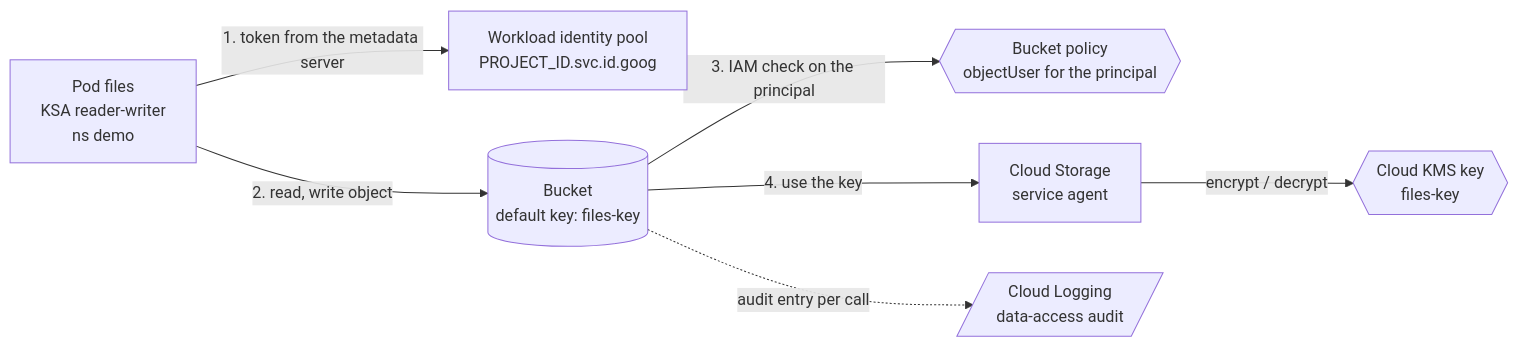
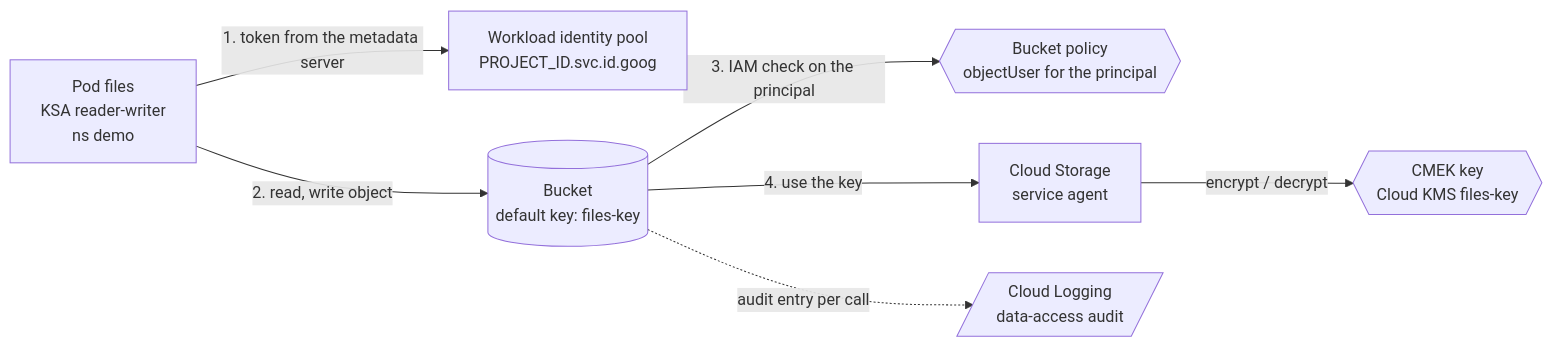
The diagram in ARCHITECTURE.md (plainround-projects/gcp-gke-identity-and-keys), drawn with Mermaid before and after one commit. The commit also changed other lines of this file and 1 other file, not shown here.

````diff
--- a/ARCHITECTURE.md
+++ b/ARCHITECTURE.md
@@ -19,9 +20,9 @@
 ```mermaid
 flowchart LR
     pod["Pod files<br/>KSA reader-writer<br/>ns demo"] -->|1. token from the metadata server| wif["Workload identity pool<br/>PROJECT_ID.svc.id.goog"]
     pod -->|2. read, write object| bucket[("Bucket<br/>default key: files-key")]
     bucket -->|3. IAM check on the principal| iam{{"Bucket policy<br/>objectUser for the principal"}}
     bucket -->|4. use the key| gcs_agent["Cloud Storage<br/>service agent"]
-    gcs_agent -->|encrypt / decrypt| kms{{"Cloud KMS key<br/>files-key"}}
+    gcs_agent -->|encrypt / decrypt| kms{{"CMEK key<br/>Cloud KMS files-key"}}
     bucket -.->|audit entry per call| logs[/"Cloud Logging<br/>data-access audit"/]
 ```
````
